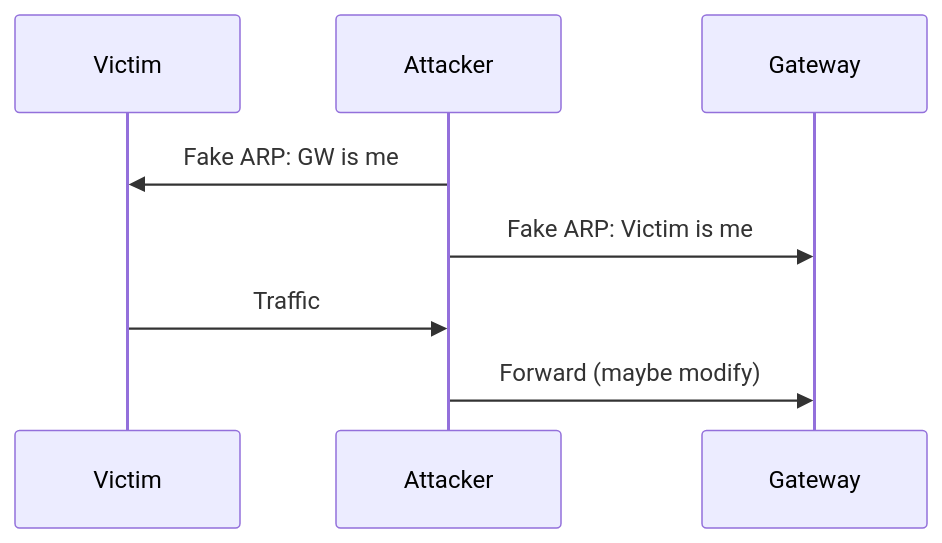
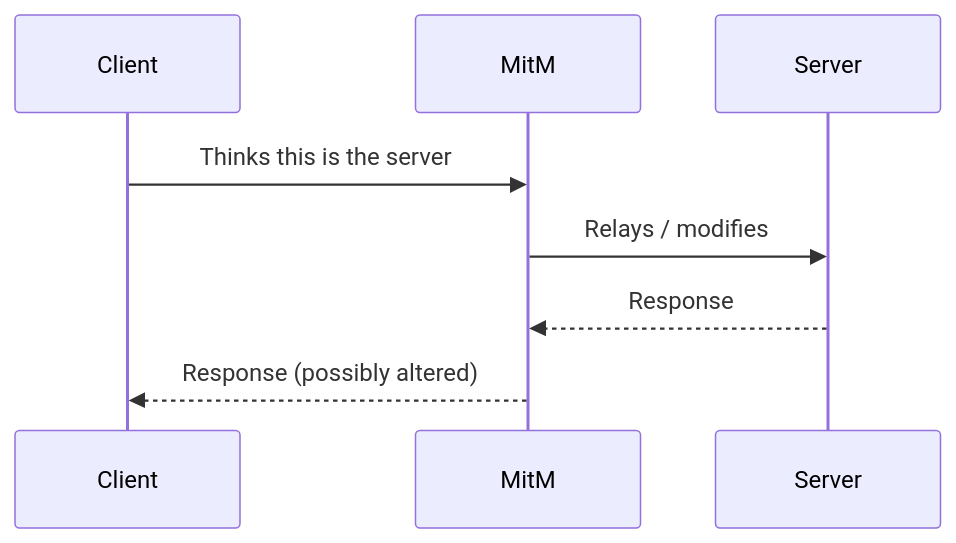
One commit to omnayak27199/pktana changed the third of 9 diagrams in learning/10-network-security.md. Above: the diagram before and after it, drawn with Mermaid. The commit also changed other lines of this file and 14 other files, not shown here.

````diff
--- a/learning/10-network-security.md
+++ b/learning/10-network-security.md
@@ -31,10 +93,10 @@
 ```mermaid
 sequenceDiagram
-  participant V as Victim
-  participant Atk as Attacker
-  participant GW as Gateway
-  Atk->>V: Fake ARP: GW is me
-  Atk->>GW: Fake ARP: Victim is me
-  V->>Atk: Traffic
-  Atk->>GW: Forward (maybe modify)
+  participant C as Client
+  participant M as MitM
+  participant S as Server
+  C->>M: Thinks this is the server
+  M->>S: Relays / modifies
+  S-->>M: Response
+  M-->>C: Response (possibly altered)
 ```
````
